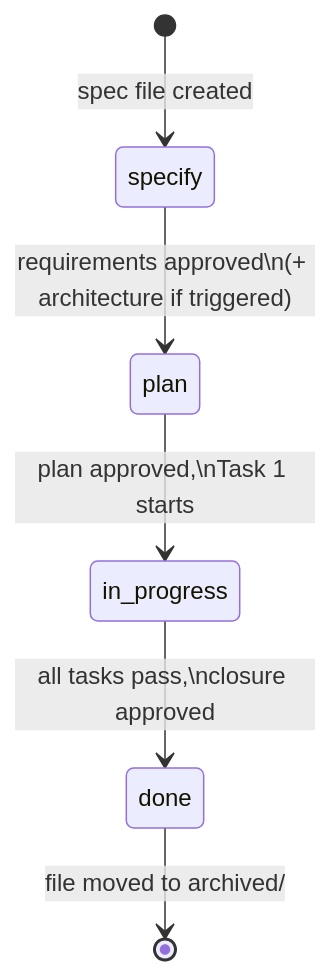
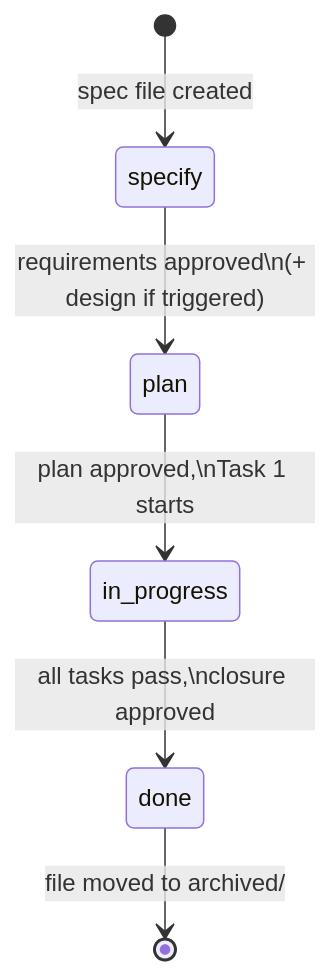
One commit to avolsh/ai-dotfiles changed the diagram in framework/spec-workflows/spec-lifecycle.md. Above: the diagram before and after it, drawn with Mermaid. The commit also changed other lines of this file and 76 other files, not shown here.

````diff
--- a/framework/spec-workflows/spec-lifecycle.md
+++ b/framework/spec-workflows/spec-lifecycle.md
@@ -48,8 +48,8 @@
 ```mermaid
 stateDiagram-v2
     [*] --> specify: spec file created
-    specify --> plan: requirements approved\n(+ architecture if triggered)
+    specify --> plan: requirements approved\n(+ design if triggered)
     plan --> in_progress: plan approved,\nTask 1 starts
     in_progress --> done: all tasks pass,\nclosure approved
     done --> [*]: file moved to archived/
 ```
````
